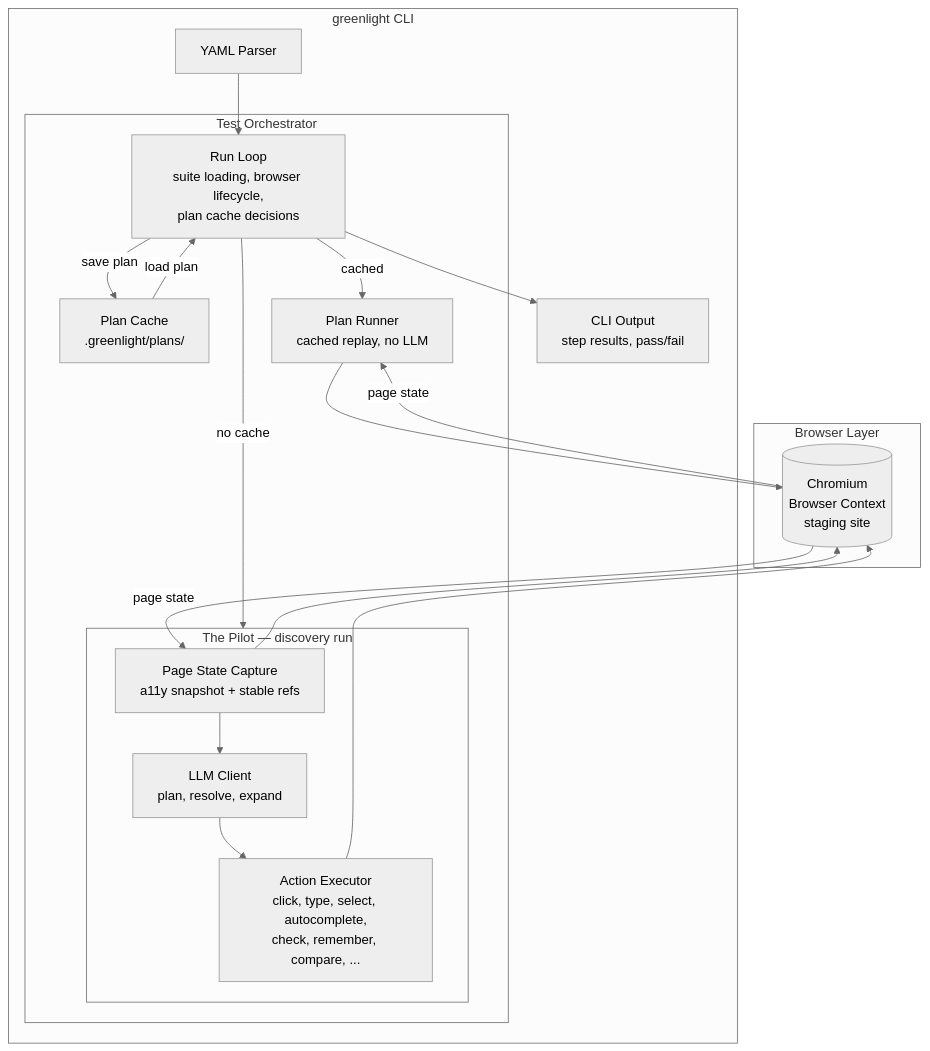
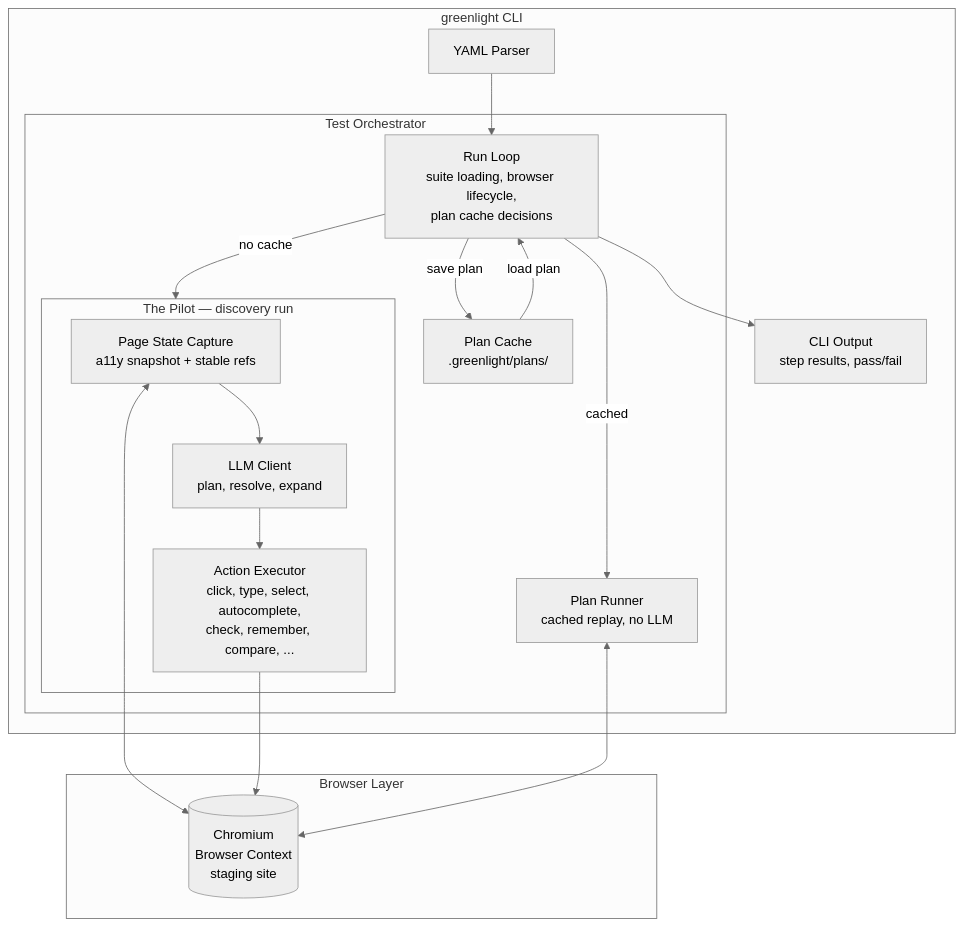
The diagram in README.md (casvanluijtelaar/GreenLight), drawn with Mermaid (neutral theme) before and after one commit.

Commit message:
Readme update

````diff
--- a/README.md
+++ b/README.md
@@ -279,38 +279,36 @@
 ```mermaid
 flowchart TD
     subgraph cli[greenlight CLI]
         yaml[YAML Parser]
         output[CLI Output<br/>step results, pass/fail]
 
         subgraph runner[Test Orchestrator]
             orchestrator[Run Loop<br/>suite loading, browser lifecycle,<br/>plan cache decisions]
             planner[Plan Cache<br/>.greenlight/plans/]
 
             subgraph pilot[The Pilot — discovery run]
                 state[Page State Capture<br/>a11y snapshot + stable refs]
                 llm[LLM Client<br/>plan, resolve, expand]
                 executor[Action Executor<br/>click, type, select, autocomplete,<br/>check, remember, compare, ...]
             end
 
             replay[Plan Runner<br/>cached replay, no LLM]
         end
     end
 
     subgraph browser[Browser Layer]
         chromium[(Chromium<br/>Browser Context<br/>staging site)]
     end
 
     yaml --> orchestrator
     orchestrator -->|no cache| pilot
     orchestrator -->|cached| replay
     orchestrator -->|save plan| planner
     planner -->|load plan| orchestrator
     state --> llm
     llm --> executor
-    state --> chromium
+    state <--> chromium
     executor --> chromium
-    replay --> chromium
-    chromium -->|page state| state
-    chromium -->|page state| replay
+    replay <--> chromium
     orchestrator --> output
 ```
````
